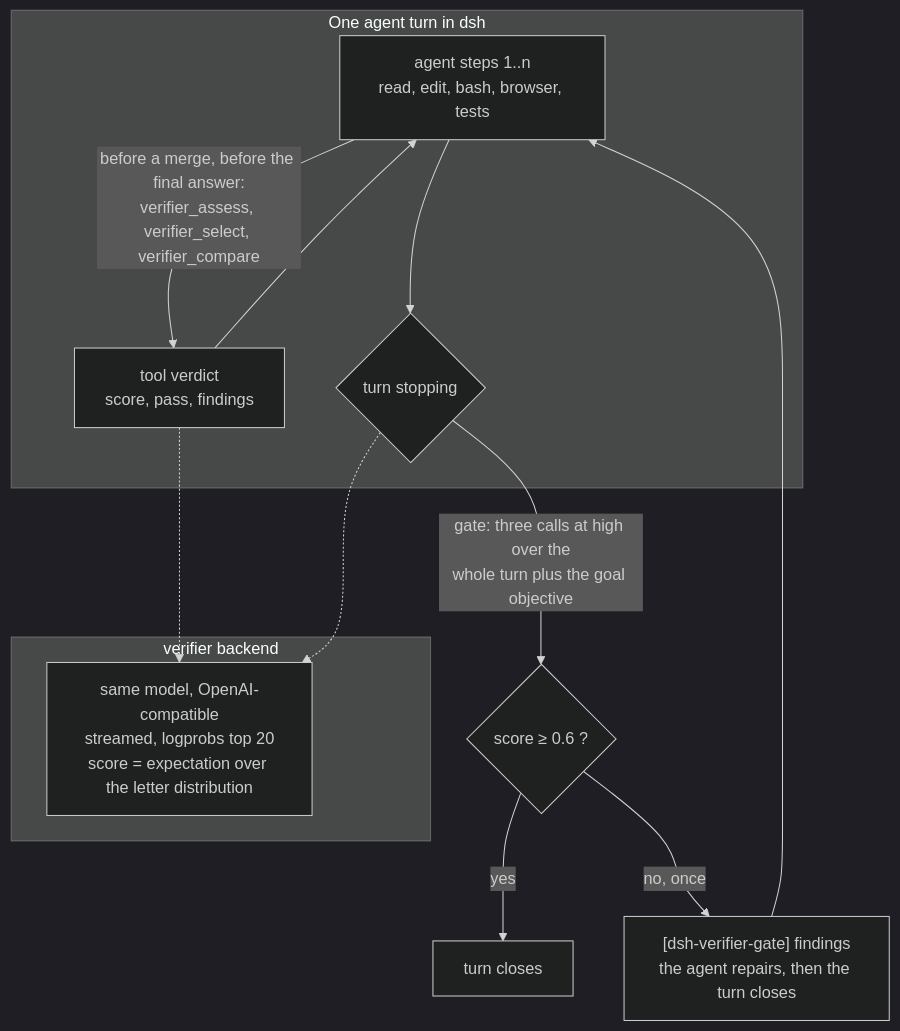
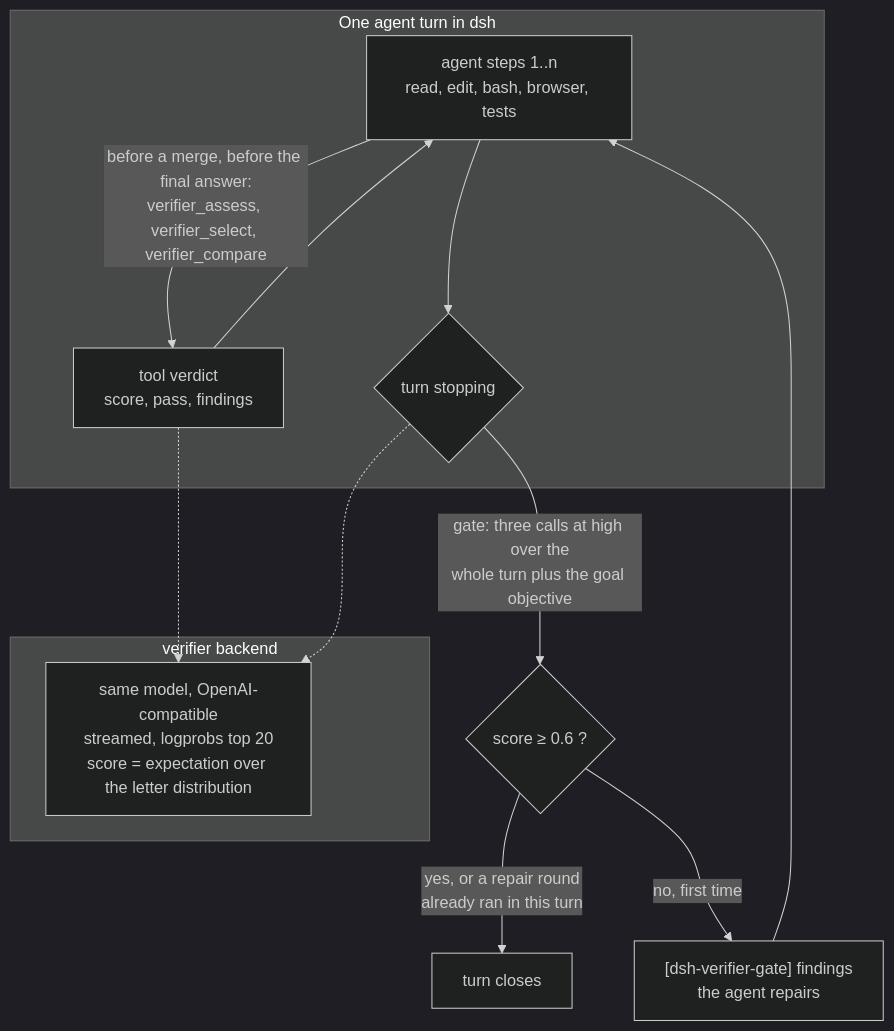
One commit to DevRico003/dsh-verifier changed the first of 2 diagrams in README.md. Above: the diagram before and after it, drawn with Mermaid (dark theme).

Commit message:
README: the turn diagram shows that a repaired turn closes without a second gate

````diff
--- a/README.md
+++ b/README.md
@@ -11,18 +11,18 @@
 ```mermaid
 flowchart TD
     subgraph turn["One agent turn in dsh"]
         S["agent steps 1..n<br/>read, edit, bash, browser, tests"]
         S -->|"before a merge, before the final answer:<br/>verifier_assess, verifier_select, verifier_compare"| T["tool verdict<br/>score, pass, findings"]
         T --> S
         S --> E{"turn stopping"}
     end
     E -->|"gate: three calls at high over the<br/>whole turn plus the goal objective"| G{"score ≥ 0.6 ?"}
-    G -->|"yes"| C["turn closes"]
-    G -->|"no, once"| R["[dsh-verifier-gate] findings<br/>the agent repairs, then the turn closes"]
+    G -->|"yes, or a repair round<br/>already ran in this turn"| C["turn closes"]
+    G -->|"no, first time"| R["[dsh-verifier-gate] findings<br/>the agent repairs"]
     R --> S
     subgraph backend["verifier backend"]
         V["same model, OpenAI-compatible<br/>streamed, logprobs top 20<br/>score = expectation over the letter distribution"]
     end
     T -.-> V
     E -.-> V
 ```
````
